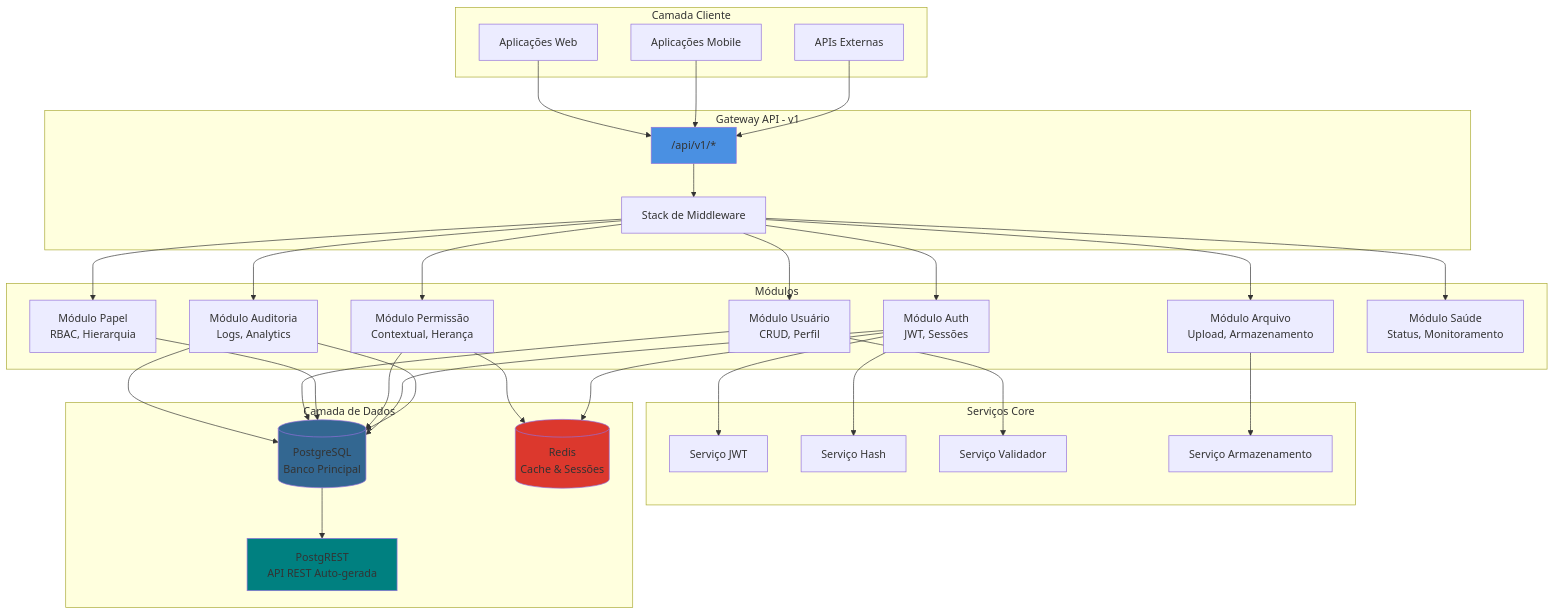
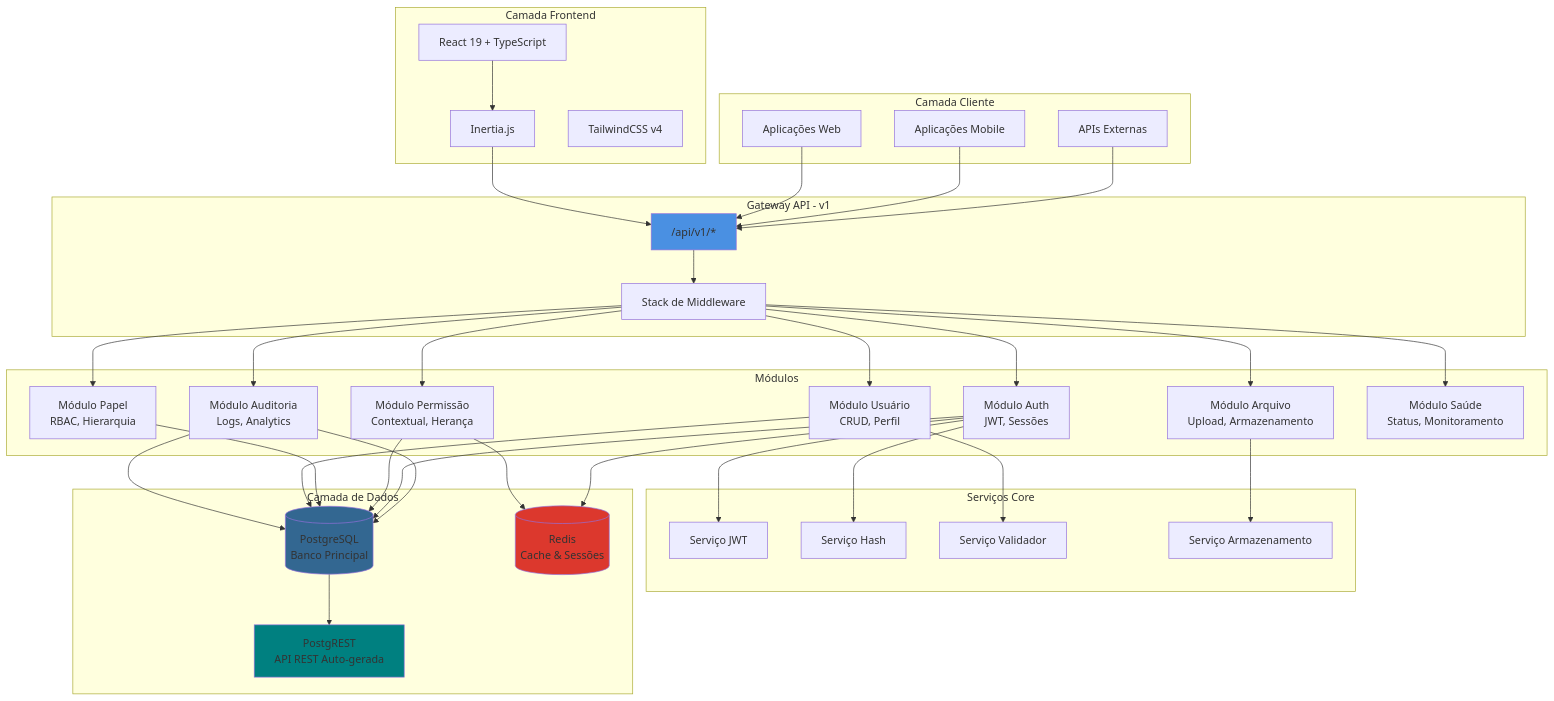
Before and after one commit to gabrielmaialva33/yol-benicio-api: the first of 7 diagrams in README-pt.md, drawn with Mermaid. The commit also changed other lines of this file and 1 other file, not shown here.

Commit message:
chore: update README to include frontend architecture, role-based navigation system, and new features

````diff
--- a/README-pt.md
+++ b/README-pt.md
@@ -45,70 +41,78 @@
 ```mermaid
 graph TB
+    subgraph "Camada Frontend"
+        REACT[React 19 + TypeScript]
+        INERTIA[Inertia.js]
+        TAILWIND[TailwindCSS v4]
+    end
+
     subgraph "Camada Cliente"
         WEB[Aplicações Web]
         MOB[Aplicações Mobile]
         API[APIs Externas]
     end
 
     subgraph "Gateway API - v1"
         ROUTES["/api/v1/*"]
         MW[Stack de Middleware]
     end
 
     subgraph "Módulos"
         AUTH[Módulo Auth<br/>JWT, Sessões]
         USER[Módulo Usuário<br/>CRUD, Perfil]
         ROLE[Módulo Papel<br/>RBAC, Hierarquia]
         PERM[Módulo Permissão<br/>Contextual, Herança]
         FILE[Módulo Arquivo<br/>Upload, Armazenamento]
         AUDIT[Módulo Auditoria<br/>Logs, Analytics]
         HEALTH[Módulo Saúde<br/>Status, Monitoramento]
     end
 
     subgraph "Serviços Core"
         JWT[Serviço JWT]
         HASH[Serviço Hash]
         VALIDATOR[Serviço Validador]
         STORAGE[Serviço Armazenamento]
     end
 
     subgraph "Camada de Dados"
         TS[(PostgreSQL<br/>Banco Principal)]
         REDIS[(Redis<br/>Cache & Sessões)]
         PGREST[PostgREST<br/>API REST Auto-gerada]
     end
 
+    REACT --> INERTIA
+    INERTIA --> ROUTES
     WEB --> ROUTES
     MOB --> ROUTES
     API --> ROUTES
 
     ROUTES --> MW
     MW --> AUTH
     MW --> USER
     MW --> ROLE
     MW --> PERM
     MW --> FILE
     MW --> AUDIT
     MW --> HEALTH
 
     AUTH --> JWT
     AUTH --> HASH
     USER --> VALIDATOR
     FILE --> STORAGE
     PERM --> REDIS
     AUDIT --> TS
 
     USER --> TS
     ROLE --> TS
     PERM --> TS
     AUTH --> TS
     AUTH --> REDIS
     AUDIT --> TS
 
     TS --> PGREST
 
     style ROUTES fill:#4A90E2
     style TS fill:#336791
     style REDIS fill:#DC382D
     style PGREST fill:#008080
 ```
````
